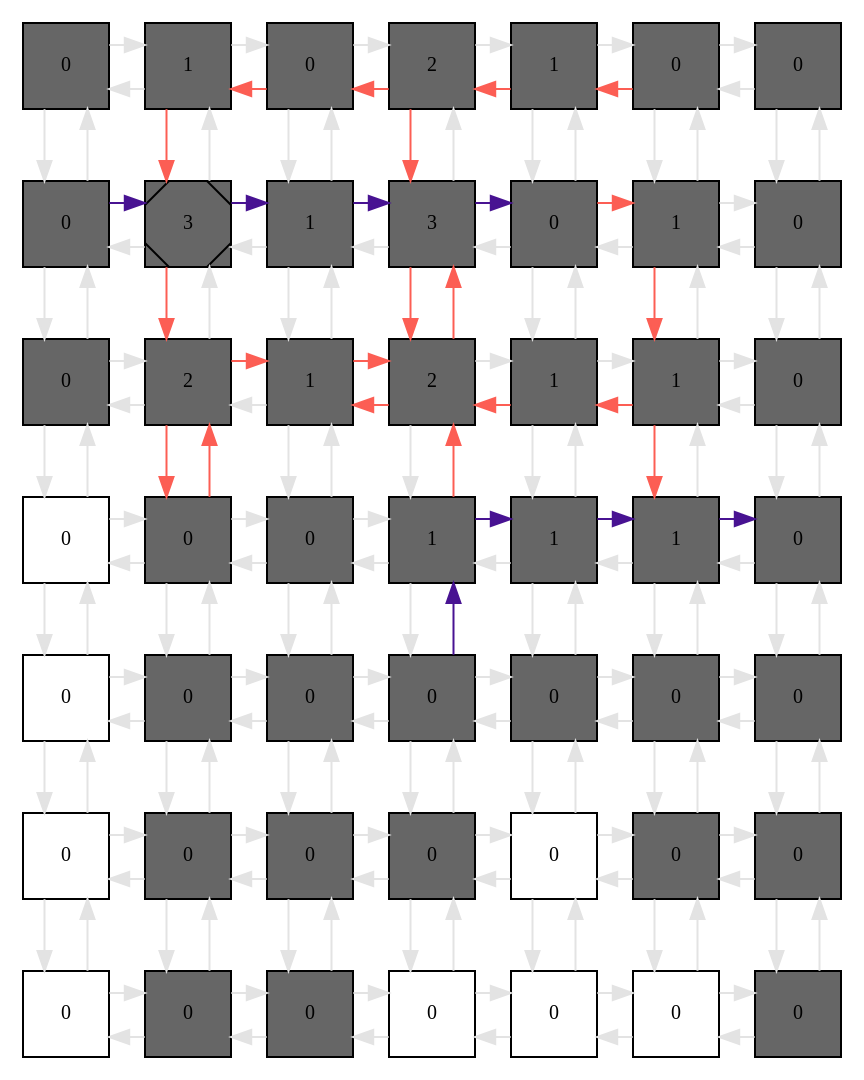
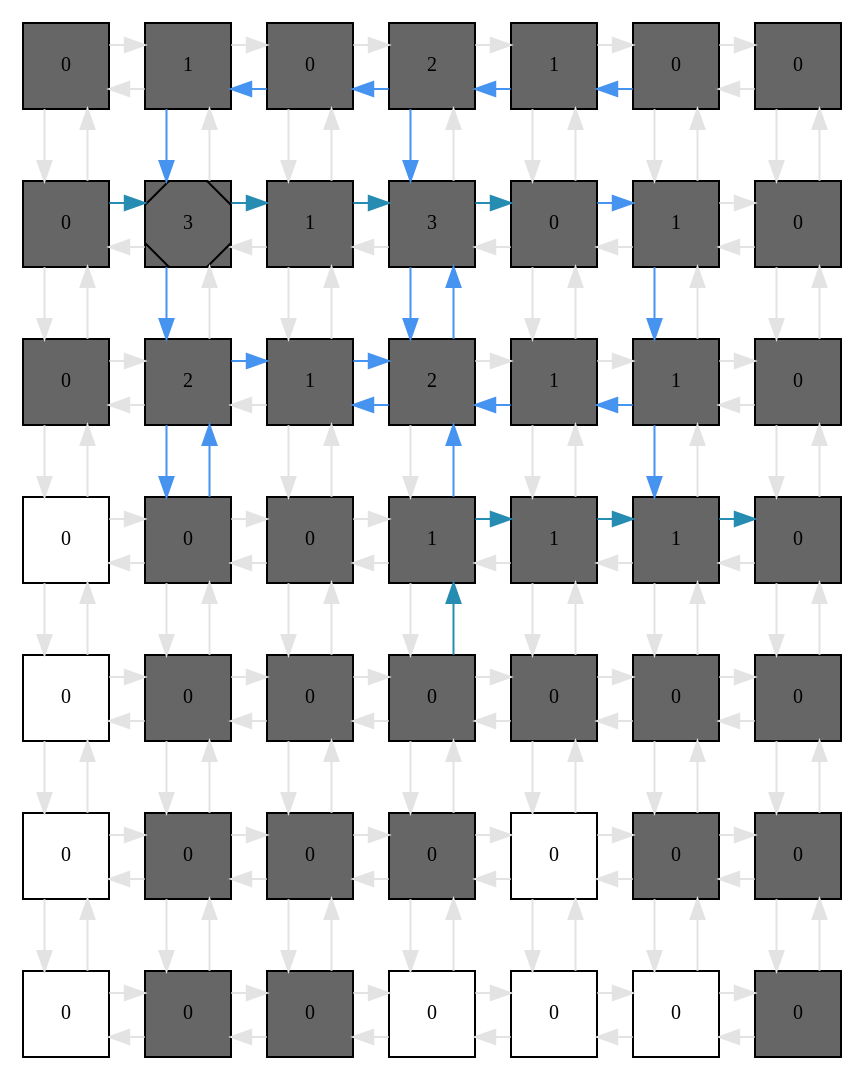
Before and after one commit to Olavo-B/mapping_grn: the diagram in benchmarks/Apoptosis network/weSA/DOT/wesSA_mesh.dot, drawn with Graphviz. The commit also changed 201 other files, not shown here.

```diff
--- a/benchmarks/Apoptosis network/weSA/DOT/wesSA_mesh.dot
+++ b/benchmarks/Apoptosis network/weSA/DOT/wesSA_mesh.dot
@@ -56,44 +56,44 @@
 0 -> 7  [color=grey89, style="penwidth(0.1)", tooltip=" ", weight=1];
 1 -> 0  [color=grey89, style="penwidth(0.1)", tooltip=" ", weight=1];
 1 -> 2  [color=grey89, style="penwidth(0.1)", tooltip=" ", weight=1];
-1 -> 8  [color="#FC5E54", style="penwidth(0.1)", tooltip="1( Cas6 ) to 22( Cas8 )", weight=1];
-2 -> 1  [color="#FC5E54", style="penwidth(0.1)", tooltip="2( IAP ) to 15( Cas7 )", weight=1];
+1 -> 8  [color="#4693F0", style="penwidth(0.1)", tooltip="1( Cas6 ) to 22( Cas8 )", weight=1];
+2 -> 1  [color="#4693F0", style="penwidth(0.1)", tooltip="2( IAP ) to 15( Cas7 )", weight=1];
 2 -> 3  [color=grey89, style="penwidth(0.1)", tooltip=" ", weight=1];
 2 -> 9  [color=grey89, style="penwidth(0.1)", tooltip=" ", weight=1];
-3 -> 2  [color="#FC5E54", style="penwidth(0.1)", tooltip="5( NFkB ) to 2( IAP )", weight=1];
+3 -> 2  [color="#4693F0", style="penwidth(0.1)", tooltip="5( NFkB ) to 2( IAP )", weight=1];
 3 -> 4  [color=grey89, style="penwidth(0.1)", tooltip=" ", weight=1];
-3 -> 10  [color="#FC5E54", style="penwidth(0.1)", tooltip="4( BclX ) to 17( BID )", weight=1];
-4 -> 3  [color="#FC5E54", style="penwidth(0.1)", tooltip="4( BclX ) to 17( BID )", weight=1];
+3 -> 10  [color="#4693F0", style="penwidth(0.1)", tooltip="4( BclX ) to 17( BID )", weight=1];
+4 -> 3  [color="#4693F0", style="penwidth(0.1)", tooltip="4( BclX ) to 17( BID )", weight=1];
 4 -> 5  [color=grey89, style="penwidth(0.1)", tooltip=" ", weight=1];
 4 -> 11  [color=grey89, style="penwidth(0.1)", tooltip=" ", weight=1];
-5 -> 4  [color="#FC5E54", style="penwidth(0.1)", tooltip="5( NFkB ) to 2( IAP )", weight=1];
+5 -> 4  [color="#4693F0", style="penwidth(0.1)", tooltip="5( NFkB ) to 2( IAP )", weight=1];
 5 -> 6  [color=grey89, style="penwidth(0.1)", tooltip=" ", weight=1];
 5 -> 12  [color=grey89, style="penwidth(0.1)", tooltip=" ", weight=1];
 6 -> 5  [color=grey89, style="penwidth(0.1)", tooltip=" ", weight=1];
 6 -> 13  [color=grey89, style="penwidth(0.1)", tooltip=" ", weight=1];
 7 -> 0  [color=grey89, style="penwidth(0.1)", tooltip=" ", weight=1];
-7 -> 8  [color="#481392", style="penwidth(0.1)", tooltip="7( DNADamageEvent ) to 11( p53 )", weight=1];
+7 -> 8  [color="#278CB2", style="penwidth(0.1)", tooltip="7( DNADamageEvent ) to 11( p53 )", weight=1];
 7 -> 14  [color=grey89, style="penwidth(0.1)", tooltip=" ", weight=1];
 8 -> 1  [color=grey89, style="penwidth(0.1)", tooltip=" ", weight=1];
 8 -> 7  [color=grey89, style="penwidth(0.1)", tooltip=" ", weight=1];
-8 -> 9  [color="#481392", style="penwidth(0.1)", tooltip="7( DNADamageEvent ) to 11( p53 )", weight=1];
-8 -> 15  [color="#FC5E54", style="penwidth(0.1)", tooltip="1( Cas6 ) to 22( Cas8 )", weight=1];
+8 -> 9  [color="#278CB2", style="penwidth(0.1)", tooltip="7( DNADamageEvent ) to 11( p53 )", weight=1];
+8 -> 15  [color="#4693F0", style="penwidth(0.1)", tooltip="1( Cas6 ) to 22( Cas8 )", weight=1];
 9 -> 2  [color=grey89, style="penwidth(0.1)", tooltip=" ", weight=1];
 9 -> 8  [color=grey89, style="penwidth(0.1)", tooltip=" ", weight=1];
-9 -> 10  [color="#481392", style="penwidth(0.1)", tooltip="7( DNADamageEvent ) to 11( p53 )", weight=1];
+9 -> 10  [color="#278CB2", style="penwidth(0.1)", tooltip="7( DNADamageEvent ) to 11( p53 )", weight=1];
 9 -> 16  [color=grey89, style="penwidth(0.1)", tooltip=" ", weight=1];
 10 -> 3  [color=grey89, style="penwidth(0.1)", tooltip=" ", weight=1];
 10 -> 9  [color=grey89, style="penwidth(0.1)", tooltip=" ", weight=1];
-10 -> 11  [color="#481392", style="penwidth(0.1)", tooltip="7( DNADamageEvent ) to 11( p53 )", weight=1];
-10 -> 17  [color="#FC5E54", style="penwidth(0.1)", tooltip="4( BclX ) to 17( BID )", weight=1];
+10 -> 11  [color="#278CB2", style="penwidth(0.1)", tooltip="7( DNADamageEvent ) to 11( p53 )", weight=1];
+10 -> 17  [color="#4693F0", style="penwidth(0.1)", tooltip="4( BclX ) to 17( BID )", weight=1];
 11 -> 4  [color=grey89, style="penwidth(0.1)", tooltip=" ", weight=1];
 11 -> 10  [color=grey89, style="penwidth(0.1)", tooltip=" ", weight=1];
-11 -> 12  [color="#FC5E54", style="penwidth(0.1)", tooltip="11( p53 ) to 26( PTEN )", weight=1];
+11 -> 12  [color="#4693F0", style="penwidth(0.1)", tooltip="11( p53 ) to 26( PTEN )", weight=1];
 11 -> 18  [color=grey89, style="penwidth(0.1)", tooltip=" ", weight=1];
 12 -> 5  [color=grey89, style="penwidth(0.1)", tooltip=" ", weight=1];
 12 -> 11  [color=grey89, style="penwidth(0.1)", tooltip=" ", weight=1];
 12 -> 13  [color=grey89, style="penwidth(0.1)", tooltip=" ", weight=1];
-12 -> 19  [color="#FC5E54", style="penwidth(0.1)", tooltip="11( p53 ) to 26( PTEN )", weight=1];
+12 -> 19  [color="#4693F0", style="penwidth(0.1)", tooltip="11( p53 ) to 26( PTEN )", weight=1];
 13 -> 6  [color=grey89, style="penwidth(0.1)", tooltip=" ", weight=1];
 13 -> 12  [color=grey89, style="penwidth(0.1)", tooltip=" ", weight=1];
 13 -> 20  [color=grey89, style="penwidth(0.1)", tooltip=" ", weight=1];
@@ -102,31 +102,31 @@
 14 -> 21  [color=grey89, style="penwidth(0.1)", tooltip=" ", weight=1];
 15 -> 8  [color=grey89, style="penwidth(0.1)", tooltip=" ", weight=1];
 15 -> 14  [color=grey89, style="penwidth(0.1)", tooltip=" ", weight=1];
-15 -> 16  [color="#FC5E54", style="penwidth(0.1)", tooltip="22( Cas8 ) to 17( BID )", weight=1];
-15 -> 22  [color="#FC5E54", style="penwidth(0.1)", tooltip="1( Cas6 ) to 22( Cas8 )", weight=1];
+15 -> 16  [color="#4693F0", style="penwidth(0.1)", tooltip="22( Cas8 ) to 17( BID )", weight=1];
+15 -> 22  [color="#4693F0", style="penwidth(0.1)", tooltip="1( Cas6 ) to 22( Cas8 )", weight=1];
 16 -> 9  [color=grey89, style="penwidth(0.1)", tooltip=" ", weight=1];
 16 -> 15  [color=grey89, style="penwidth(0.1)", tooltip=" ", weight=1];
-16 -> 17  [color="#FC5E54", style="penwidth(0.1)", tooltip="22( Cas8 ) to 17( BID )", weight=1];
+16 -> 17  [color="#4693F0", style="penwidth(0.1)", tooltip="22( Cas8 ) to 17( BID )", weight=1];
 16 -> 23  [color=grey89, style="penwidth(0.1)", tooltip=" ", weight=1];
-17 -> 10  [color="#FC5E54", style="penwidth(0.1)", tooltip="24( JNK ) to 11( p53 )", weight=1];
-17 -> 16  [color="#FC5E54", style="penwidth(0.1)", tooltip="19( AKT ) to 16( Cas9 )", weight=1];
+17 -> 10  [color="#4693F0", style="penwidth(0.1)", tooltip="24( JNK ) to 11( p53 )", weight=1];
+17 -> 16  [color="#4693F0", style="penwidth(0.1)", tooltip="19( AKT ) to 16( Cas9 )", weight=1];
 17 -> 18  [color=grey89, style="penwidth(0.1)", tooltip=" ", weight=1];
 17 -> 24  [color=grey89, style="penwidth(0.1)", tooltip=" ", weight=1];
 18 -> 11  [color=grey89, style="penwidth(0.1)", tooltip=" ", weight=1];
-18 -> 17  [color="#FC5E54", style="penwidth(0.1)", tooltip="19( AKT ) to 16( Cas9 )", weight=1];
+18 -> 17  [color="#4693F0", style="penwidth(0.1)", tooltip="19( AKT ) to 16( Cas9 )", weight=1];
 18 -> 19  [color=grey89, style="penwidth(0.1)", tooltip=" ", weight=1];
 18 -> 25  [color=grey89, style="penwidth(0.1)", tooltip=" ", weight=1];
 19 -> 12  [color=grey89, style="penwidth(0.1)", tooltip=" ", weight=1];
-19 -> 18  [color="#FC5E54", style="penwidth(0.1)", tooltip="19( AKT ) to 16( Cas9 )", weight=1];
+19 -> 18  [color="#4693F0", style="penwidth(0.1)", tooltip="19( AKT ) to 16( Cas9 )", weight=1];
 19 -> 20  [color=grey89, style="penwidth(0.1)", tooltip=" ", weight=1];
-19 -> 26  [color="#FC5E54", style="penwidth(0.1)", tooltip="11( p53 ) to 26( PTEN )", weight=1];
+19 -> 26  [color="#4693F0", style="penwidth(0.1)", tooltip="11( p53 ) to 26( PTEN )", weight=1];
 20 -> 13  [color=grey89, style="penwidth(0.1)", tooltip=" ", weight=1];
 20 -> 19  [color=grey89, style="penwidth(0.1)", tooltip=" ", weight=1];
 20 -> 27  [color=grey89, style="penwidth(0.1)", tooltip=" ", weight=1];
 21 -> 14  [color=grey89, style="penwidth(0.1)", tooltip=" ", weight=1];
 21 -> 22  [color=grey89, style="penwidth(0.1)", tooltip=" ", weight=1];
 21 -> 28  [color=grey89, style="penwidth(0.1)", tooltip=" ", weight=1];
-22 -> 15  [color="#FC5E54", style="penwidth(0.1)", tooltip="22( Cas8 ) to 17( BID )", weight=1];
+22 -> 15  [color="#4693F0", style="penwidth(0.1)", tooltip="22( Cas8 ) to 17( BID )", weight=1];
 22 -> 21  [color=grey89, style="penwidth(0.1)", tooltip=" ", weight=1];
 22 -> 23  [color=grey89, style="penwidth(0.1)", tooltip=" ", weight=1];
 22 -> 29  [color=grey89, style="penwidth(0.1)", tooltip=" ", weight=1];
@@ -134,17 +134,17 @@
 23 -> 22  [color=grey89, style="penwidth(0.1)", tooltip=" ", weight=1];
 23 -> 24  [color=grey89, style="penwidth(0.1)", tooltip=" ", weight=1];
 23 -> 30  [color=grey89, style="penwidth(0.1)", tooltip=" ", weight=1];
-24 -> 17  [color="#FC5E54", style="penwidth(0.1)", tooltip="24( JNK ) to 11( p53 )", weight=1];
+24 -> 17  [color="#4693F0", style="penwidth(0.1)", tooltip="24( JNK ) to 11( p53 )", weight=1];
 24 -> 23  [color=grey89, style="penwidth(0.1)", tooltip=" ", weight=1];
-24 -> 25  [color="#481392", style="penwidth(0.1)", tooltip="31( TRAF2 ) to 27( NIK )", weight=1];
+24 -> 25  [color="#278CB2", style="penwidth(0.1)", tooltip="31( TRAF2 ) to 27( NIK )", weight=1];
 24 -> 31  [color=grey89, style="penwidth(0.1)", tooltip=" ", weight=1];
 25 -> 18  [color=grey89, style="penwidth(0.1)", tooltip=" ", weight=1];
 25 -> 24  [color=grey89, style="penwidth(0.1)", tooltip=" ", weight=1];
-25 -> 26  [color="#481392", style="penwidth(0.1)", tooltip="31( TRAF2 ) to 27( NIK )", weight=1];
+25 -> 26  [color="#278CB2", style="penwidth(0.1)", tooltip="31( TRAF2 ) to 27( NIK )", weight=1];
 25 -> 32  [color=grey89, style="penwidth(0.1)", tooltip=" ", weight=1];
 26 -> 19  [color=grey89, style="penwidth(0.1)", tooltip=" ", weight=1];
 26 -> 25  [color=grey89, style="penwidth(0.1)", tooltip=" ", weight=1];
-26 -> 27  [color="#481392", style="penwidth(0.1)", tooltip="31( TRAF2 ) to 27( NIK )", weight=1];
+26 -> 27  [color="#278CB2", style="penwidth(0.1)", tooltip="31( TRAF2 ) to 27( NIK )", weight=1];
 26 -> 33  [color=grey89, style="penwidth(0.1)", tooltip=" ", weight=1];
 27 -> 20  [color=grey89, style="penwidth(0.1)", tooltip=" ", weight=1];
 27 -> 26  [color=grey89, style="penwidth(0.1)", tooltip=" ", weight=1];
@@ -160,7 +160,7 @@
 30 -> 29  [color=grey89, style="penwidth(0.1)", tooltip=" ", weight=1];
 30 -> 31  [color=grey89, style="penwidth(0.1)", tooltip=" ", weight=1];
 30 -> 37  [color=grey89, style="penwidth(0.1)", tooltip=" ", weight=1];
-31 -> 24  [color="#481392", style="penwidth(0.1)", tooltip="31( TRAF2 ) to 27( NIK )", weight=1];
+31 -> 24  [color="#278CB2", style="penwidth(0.1)", tooltip="31( TRAF2 ) to 27( NIK )", weight=1];
 31 -> 30  [color=grey89, style="penwidth(0.1)", tooltip=" ", weight=1];
 31 -> 32  [color=grey89, style="penwidth(0.1)", tooltip=" ", weight=1];
 31 -> 38  [color=grey89, style="penwidth(0.1)", tooltip=" ", weight=1];
```
